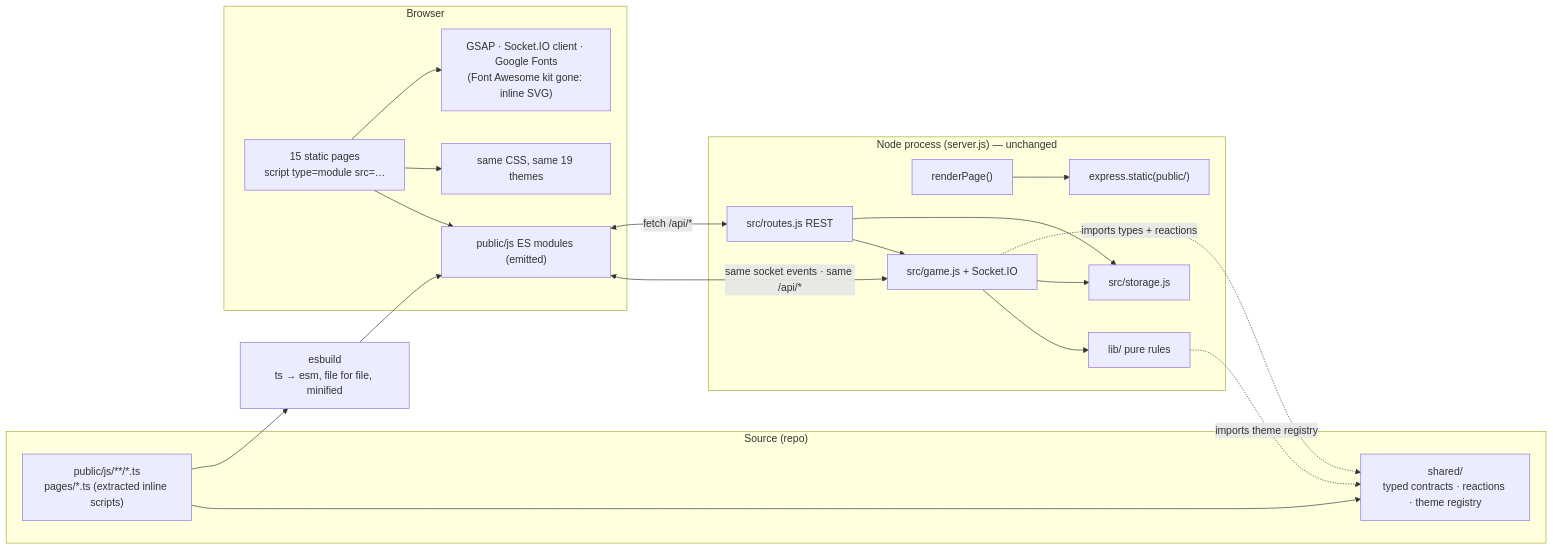
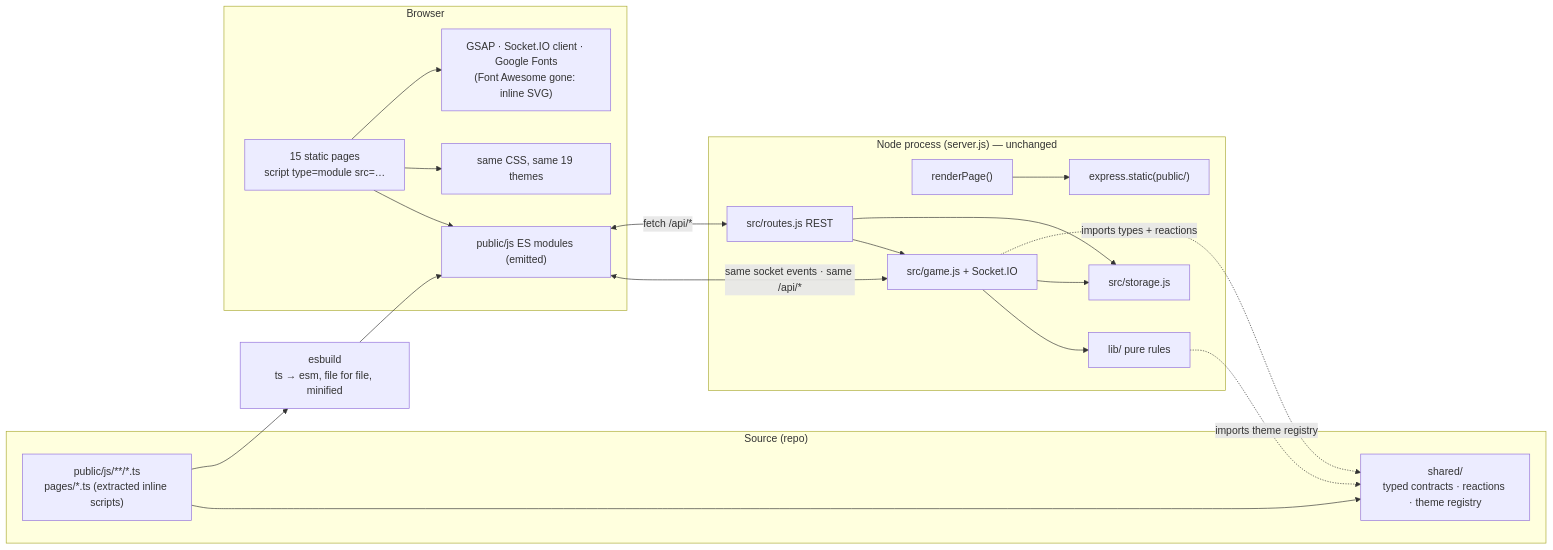
The second of 3 diagrams in docs/FRONTEND_ASSESSMENT.md (ninap41/byler-cowrite), drawn with Mermaid before and after one commit. The commit also changed other lines of this file, not shown here.

Commit message:
Assessment: Font Awesome is now self-hosted on master; the remaining step is inlining the three icons

````diff
--- a/docs/FRONTEND_ASSESSMENT.md
+++ b/docs/FRONTEND_ASSESSMENT.md
@@ -115,37 +115,37 @@
 ```mermaid
 flowchart LR
   subgraph Source["Source (repo)"]
     TS["public/js/**/*.ts<br/>pages/*.ts (extracted inline scripts)"]
     SH["shared/<br/>typed contracts · reactions · theme registry"]
     TS --> SH
   end
   ESB["esbuild<br/>ts → esm, file for file, minified"]
   TS --> ESB
   subgraph Browser
     HTML["15 static pages<br/>script type=module src=…"]
     JS["public/js ES modules (emitted)"]
     CSS["same CSS, same 19 themes"]
-    LIBS["GSAP · Socket.IO client · Google Fonts<br/>(Font Awesome kit gone: inline SVG)"]
+    LIBS["GSAP · Socket.IO client · Google Fonts<br/>(Font Awesome gone: inline SVG)"]
     HTML --> JS
     HTML --> CSS
     HTML --> LIBS
   end
   ESB --> JS
   subgraph Server["Node process (server.js) — unchanged"]
     RP["renderPage()"]
     ST["express.static(public/)"]
     RT["src/routes.js REST"]
     GM["src/game.js + Socket.IO"]
     LIB["lib/ pure rules"]
     STO["src/storage.js"]
     RP --> ST
     RT --> GM
     GM --> LIB
     RT --> STO
     GM --> STO
   end
   GM -. "imports types + reactions" .-> SH
   LIB -. "imports theme registry" .-> SH
   JS <-- "same socket events · same /api/*" --> GM
   JS <-- "fetch /api/*" --> RT
 ```
````
